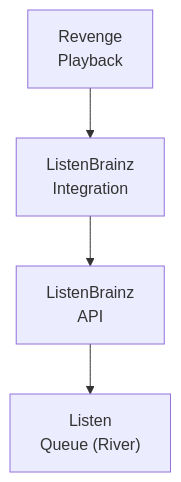
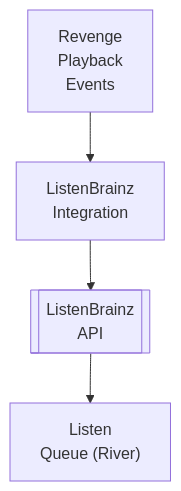
The diagram in docs/dev/design/integrations/scrobbling/LISTENBRAINZ.md (lusoris/revenge), drawn with Mermaid before and after one commit. The commit also changed 208 other files, not shown here.

First line of the commit message:
feat(docs): Improve ASCII to Mermaid converter with proper box extraction

````diff
--- a/docs/dev/design/integrations/scrobbling/LISTENBRAINZ.md
+++ b/docs/dev/design/integrations/scrobbling/LISTENBRAINZ.md
@@ -58,10 +58,10 @@
 ```mermaid
 flowchart TD
-    node1["Revenge<br/>Playback"]
+    node1["Revenge<br/>Playback<br/>Events"]
     node2["ListenBrainz<br/>Integration"]
-    node3["ListenBrainz<br/>API"]
+    node3[[ListenBrainz<br/>API]]
     node4["Listen<br/>Queue (River)"]
     node1 --> node2
     node2 --> node3
     node3 --> node4
 ```
````
